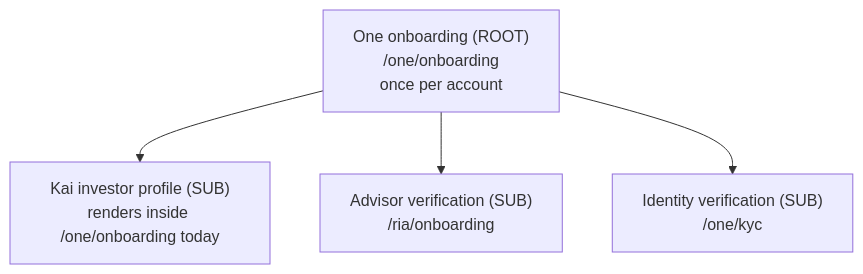
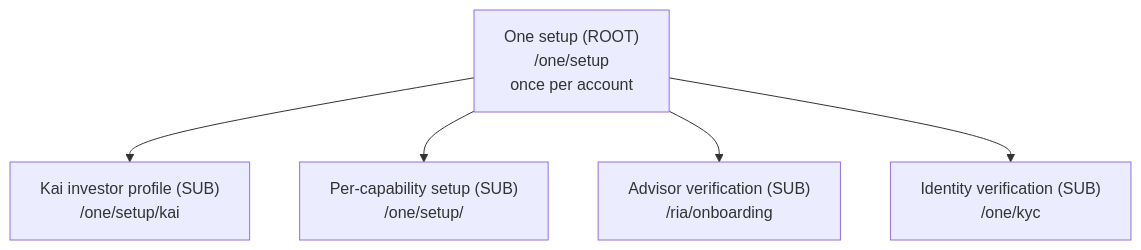
One commit to KARTHI-77/hushh-research changed the second of 2 diagrams in docs/reference/quality/one-onboarding-architecture.md. Above: the diagram before and after it, drawn with Mermaid. The commit also changed other lines of this file and 19 other files, not shown here.

First line of the commit message:
fix(setup): curate per-capability journey, vault-aware steps, safe-area

````diff
--- a/docs/reference/quality/one-onboarding-architecture.md
+++ b/docs/reference/quality/one-onboarding-architecture.md
@@ -15,10 +66,12 @@
 ```mermaid
 flowchart TD
-  One["One onboarding (ROOT)\n/one/onboarding\nonce per account"]
-  Kai["Kai investor profile (SUB)\nrenders inside /one/onboarding today"]
+  One["One setup (ROOT)\n/one/setup\nonce per account"]
+  Kai["Kai investor profile (SUB)\n/one/setup/kai"]
+  Cap["Per‑capability setup (SUB)\n/one/setup/<capability>"]
   Ria["Advisor verification (SUB)\n/ria/onboarding"]
   Kyc["Identity verification (SUB)\n/one/kyc"]
   One --> Kai
+  One --> Cap
   One --> Ria
   One --> Kyc
 ```
````
